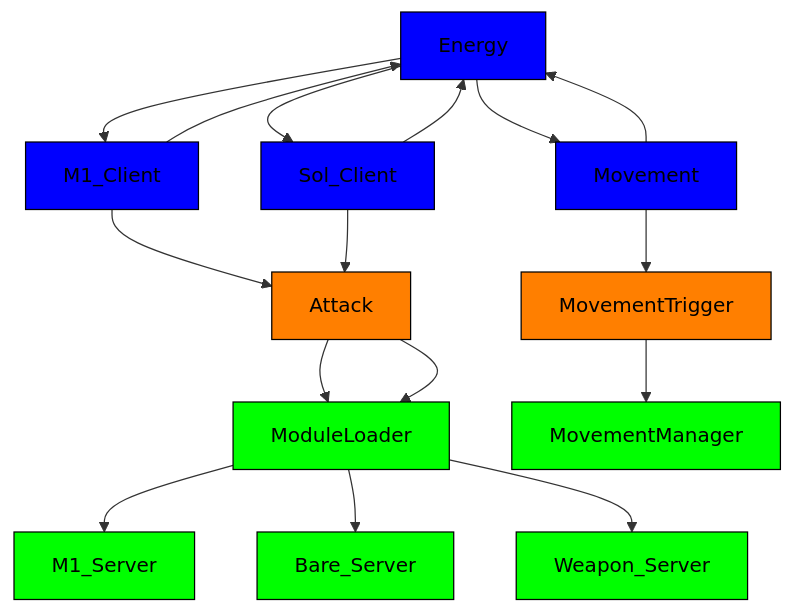
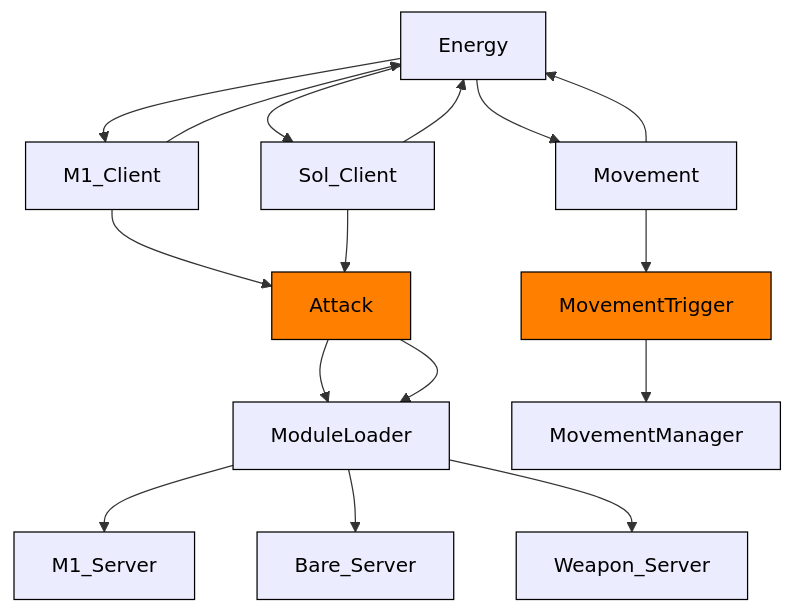
One commit to altair5607249/Crusaders-Game changed the diagram in README.md. Above: the diagram before and after it, drawn with Mermaid.

````diff
--- a/README.md
+++ b/README.md
@@ -21,21 +21,21 @@
 ```mermaid
 graph TD;
 
-  classDef serverNode fill:#00FF00,stroke:#000000,color:#000000
-  classDef clientNode fill:#0000FF,stroke:#000000,color:#000000
+  classDef serverNode fill:##5bf547,stroke:#000000,color:#000000
+  classDef clientNode fill:##42a1f5,stroke:#000000,color:#000000
   classDef remoteEvent fill:#FF7F00,stroke:#000000,color:#000000
 
   Energy-->M1_Client-->Energy;
   Energy-->Sol_Client-->Energy;
   Energy-->Movement-->Energy;
   M1_Client-->Attack-->ModuleLoader;
   Sol_Client-->Attack-->ModuleLoader;
   Movement-->MovementTrigger-->MovementManager;
   ModuleLoader-->M1_Server;
   ModuleLoader-->Bare_Server;
   ModuleLoader-->Weapon_Server;
 
   class ModuleLoader,M1_Server,Bare_Server,Weapon_Server,MovementManager serverNode;
   class Energy,M1_Client,Sol_Client,Movement clientNode;
   class Attack,MovementTrigger remoteEvent;
 ```  
````
